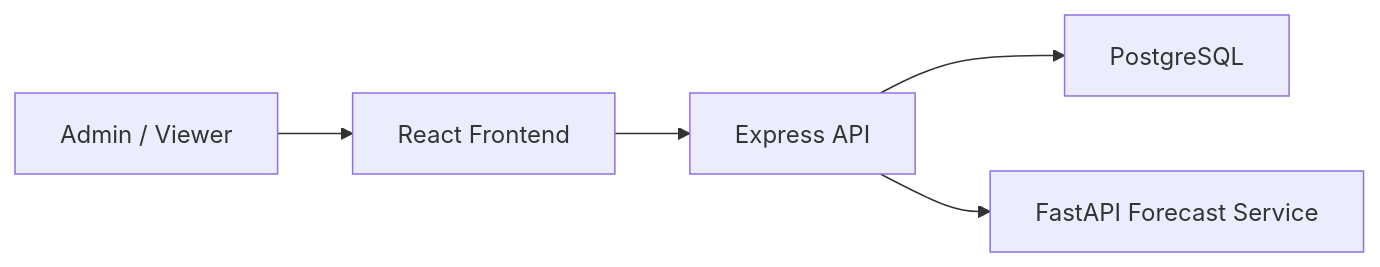
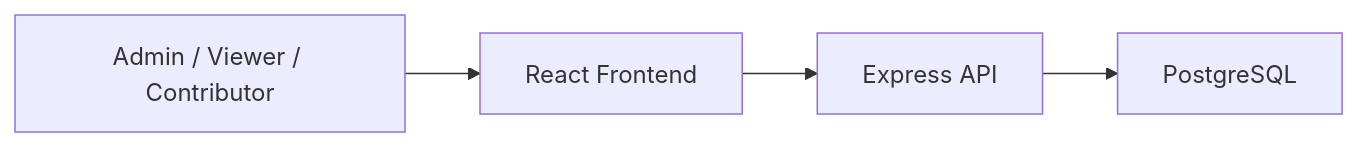
The diagram in docs/architecture/system-architecture.md (zeelot-Xy/Benue-AgriPrice-Insight), drawn with Mermaid before and after one commit. The commit also changed other lines of this file and 24 other files, not shown here.

Commit message:
docs: align academic and architecture docs with final no-forecast system

````diff
--- a/docs/architecture/system-architecture.md
+++ b/docs/architecture/system-architecture.md
@@ -76,7 +68,6 @@
 ```mermaid
 flowchart LR
-  User["Admin / Viewer"] --> Web["React Frontend"]
+  User["Admin / Viewer / Contributor"] --> Web["React Frontend"]
   Web --> API["Express API"]
   API --> DB["PostgreSQL"]
-  API --> ML["FastAPI Forecast Service"]
 ```
````
